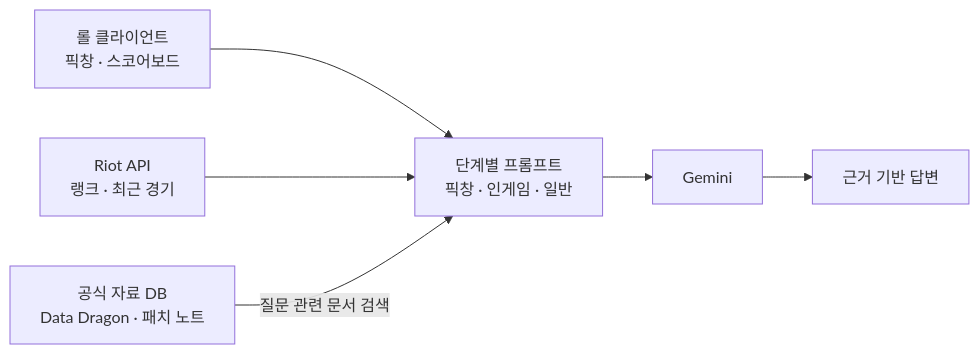
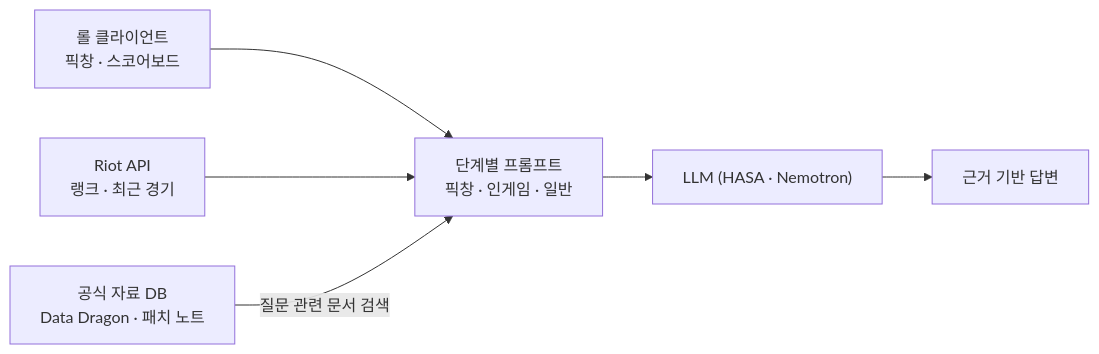
The diagram in README.md (A1-devLab/RiftFlow), drawn with Mermaid before and after one commit. The commit also changed other lines of this file and 12 other files, not shown here.

First line of the commit message:
feat: HASA-only AI with multiple keys (Nemotron Super 120B default)

````diff
--- a/README.md
+++ b/README.md
@@ -17,8 +17,8 @@
 ```mermaid
 flowchart LR
     A["롤 클라이언트<br/>픽창 · 스코어보드"] --> D
     B["Riot API<br/>랭크 · 최근 경기"] --> D
     C["공식 자료 DB<br/>Data Dragon · 패치 노트"] -->|질문 관련 문서 검색| D
-    D["단계별 프롬프트<br/>픽창 · 인게임 · 일반"] --> E["Gemini"]
+    D["단계별 프롬프트<br/>픽창 · 인게임 · 일반"] --> E["LLM (HASA · Nemotron)"]
     E --> F["근거 기반 답변"]
 ```
````
